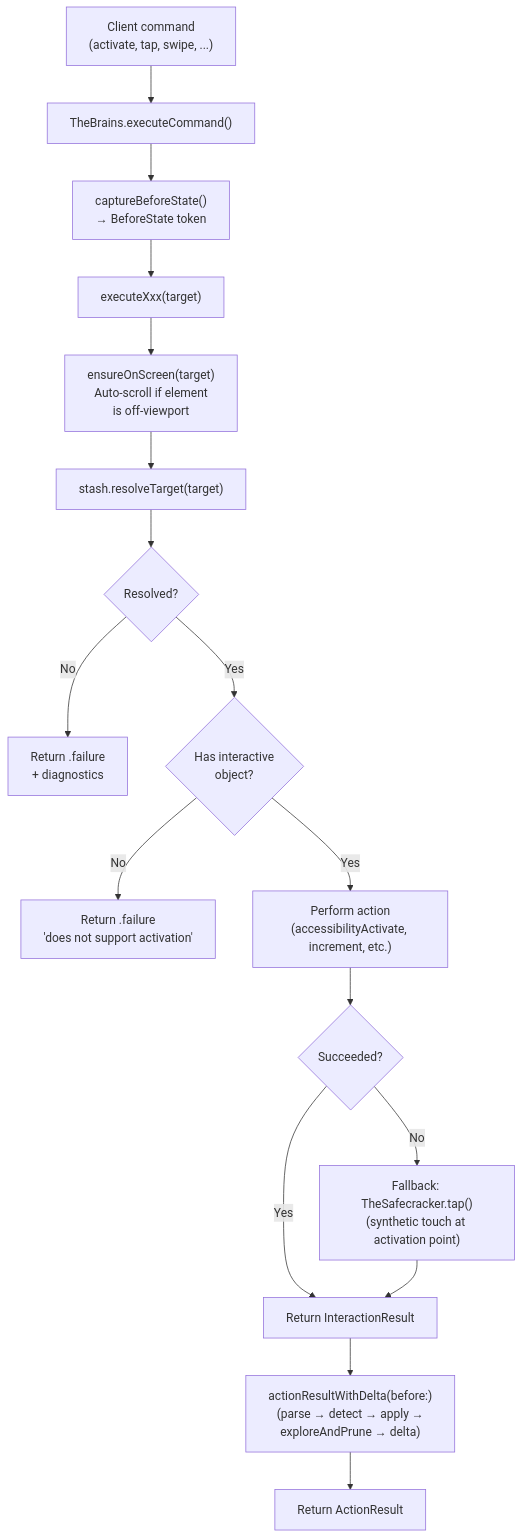
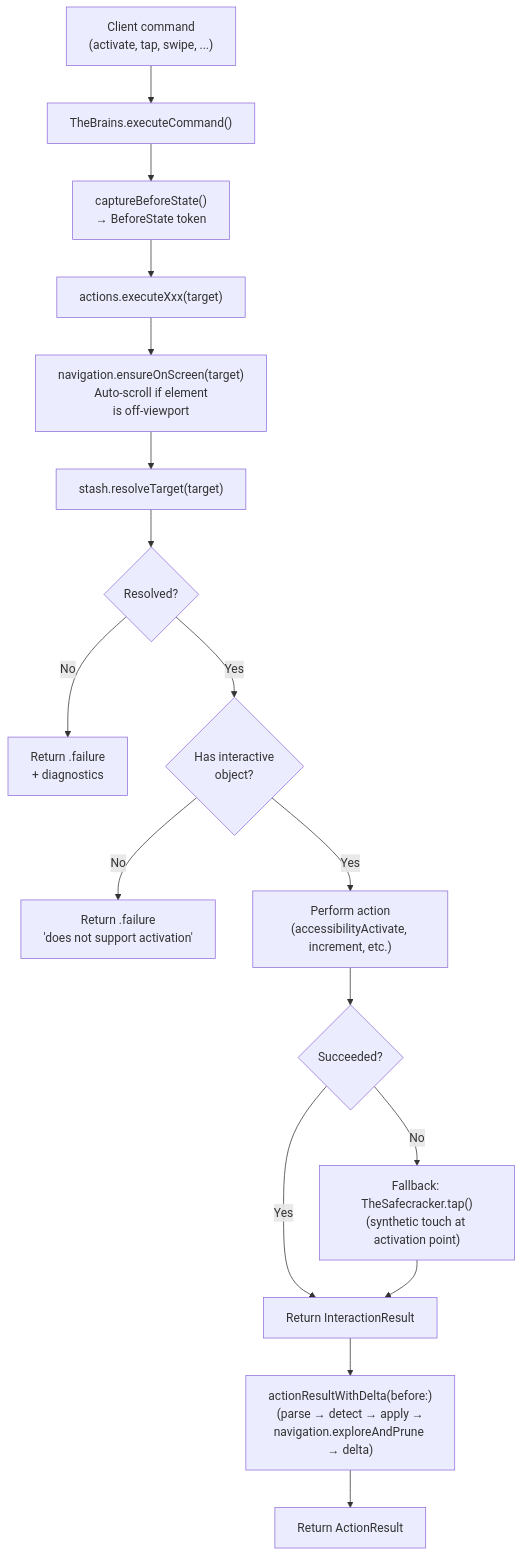
The second of 3 diagrams in docs/dossiers/13-THEBRAINS.md (RoyalPineapple/TheButtonHeist), drawn with Mermaid before and after one commit. The commit also changed other lines of this file and 9 other files, not shown here.

First line of the commit message:
Decompose TheBrains: extract Navigation and Actions

````diff
--- a/docs/dossiers/13-THEBRAINS.md
+++ b/docs/dossiers/13-THEBRAINS.md
@@ -55,21 +71,21 @@
 ```mermaid
 flowchart TD
     CMD["Client command<br/>(activate, tap, swipe, ...)"] --> DISP["TheBrains.executeCommand()"]
     DISP --> SNAP["captureBeforeState()<br/>→ BeforeState token"]
-    SNAP --> EXEC["executeXxx(target)"]
+    SNAP --> EXEC["actions.executeXxx(target)"]
 
-    EXEC --> ENS["ensureOnScreen(target)<br/>Auto-scroll if element<br/>is off-viewport"]
+    EXEC --> ENS["navigation.ensureOnScreen(target)<br/>Auto-scroll if element<br/>is off-viewport"]
     ENS --> RES["stash.resolveTarget(target)"]
     RES --> CHK{Resolved?}
     CHK -->|No| ERR["Return .failure<br/>+ diagnostics"]
     CHK -->|Yes| INT{Has interactive<br/>object?}
     INT -->|No| ERR2["Return .failure<br/>'does not support activation'"]
     INT -->|Yes| ACT["Perform action<br/>(accessibilityActivate, increment, etc.)"]
     ACT --> OK{Succeeded?}
     OK -->|Yes| RET["Return InteractionResult"]
     OK -->|No| FALL["Fallback: TheSafecracker.tap()<br/>(synthetic touch at activation point)"]
     FALL --> RET
 
-    RET --> DELTA["actionResultWithDelta(before:)<br/>(parse → detect → apply →<br/>exploreAndPrune → delta)"]
+    RET --> DELTA["actionResultWithDelta(before:)<br/>(parse → detect → apply →<br/>navigation.exploreAndPrune → delta)"]
     DELTA --> SEND["Return ActionResult"]
 ```
````
